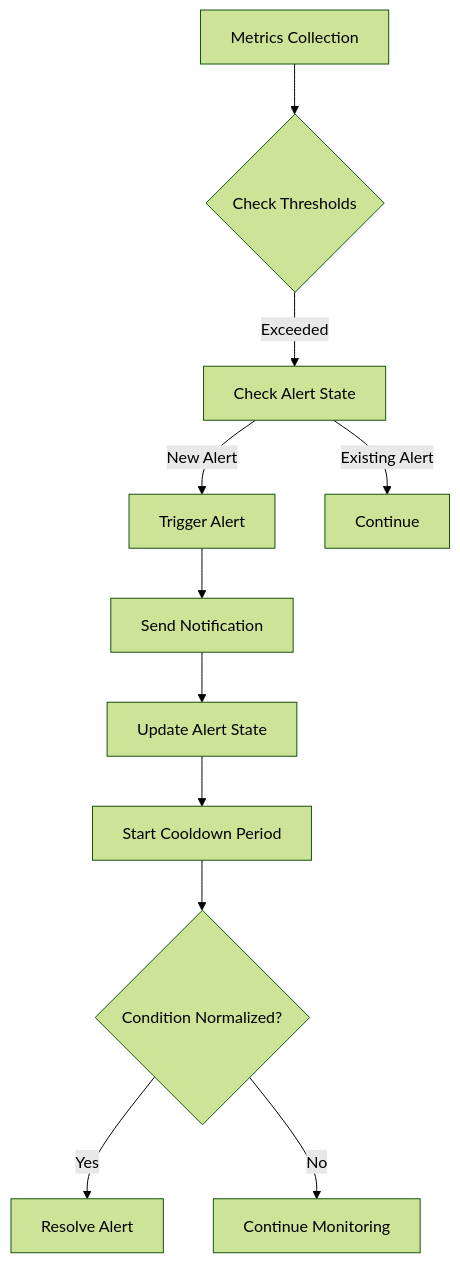
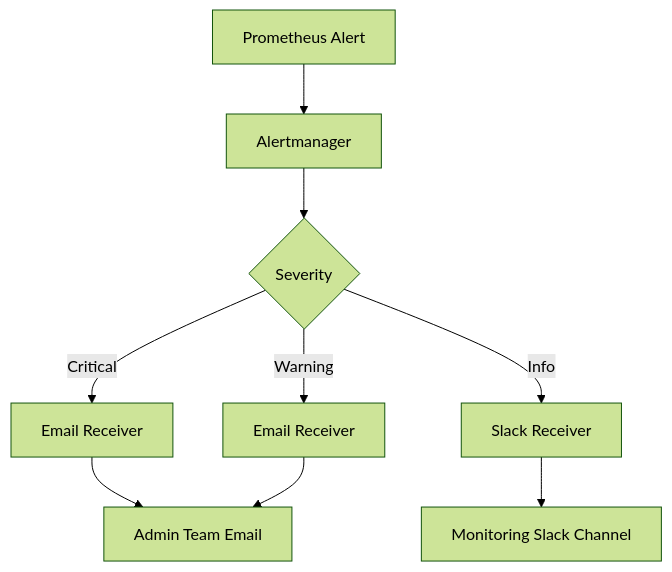
Before and after one commit to GurthBro0ks/slimy-monorepo: the sixth of 11 diagrams in .qoder/repowiki/en/content/Monitoring and Observability/Monitoring and Observability.md, drawn with Mermaid (forest theme). The commit also changed other lines of this file and 87 other files, not shown here.

````diff
--- a/.qoder/repowiki/en/content/Monitoring and Observability/Monitoring and Observability.md
+++ b/.qoder/repowiki/en/content/Monitoring and Observability/Monitoring and Observability.md
@@ -144,13 +241,11 @@
 ```mermaid
 flowchart TD
-A[Metrics Collection] --> B{Check Thresholds}
-B --> |Exceeded| C[Check Alert State]
-C --> |New Alert| D[Trigger Alert]
-C --> |Existing Alert| E[Continue]
-D --> F[Send Notification]
-F --> G[Update Alert State]
-G --> H[Start Cooldown Period]
-H --> I{Condition Normalized?}
-I --> |Yes| J[Resolve Alert]
-I --> |No| K[Continue Monitoring]
+A[Prometheus Alert] --> B[Alertmanager]
+B --> C{Severity}
+C --> |Critical| D[Email Receiver]
+C --> |Warning| E[Email Receiver]
+C --> |Info| F[Slack Receiver]
+D --> G[Admin Team Email]
+E --> G
+F --> H[Monitoring Slack Channel]
 ```
````
